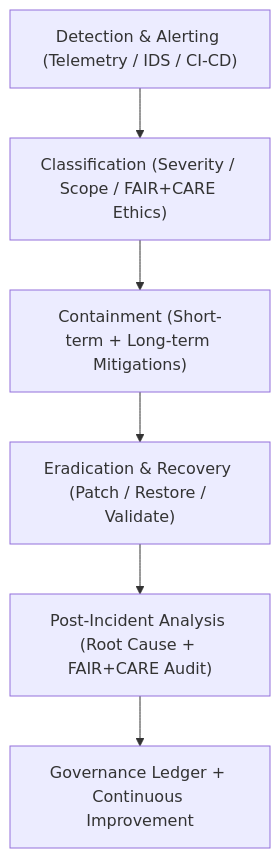
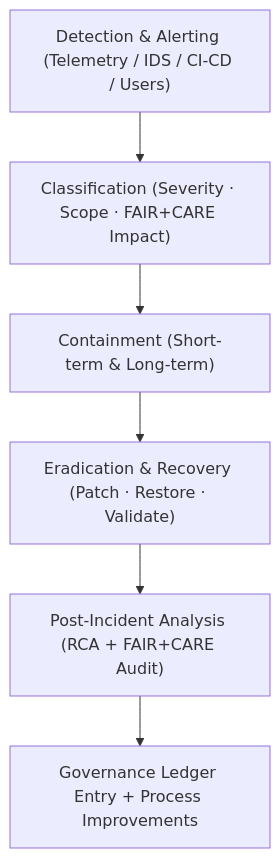
One commit to bartytime4life/Kansas-Frontier-Matrix changed the diagram in docs/security/incident-response.md. Above: the diagram before and after it, drawn with Mermaid. The commit also changed other lines of this file, not shown here.

First line of the commit message:
Update incident response framework to v10.2.4

````diff
--- a/docs/security/incident-response.md
+++ b/docs/security/incident-response.md
@@ -57,8 +69,8 @@
 ```mermaid
 flowchart TD
-  A["Detection & Alerting (Telemetry / IDS / CI-CD)"] --> B["Classification (Severity / Scope / FAIR+CARE Ethics)"]
-  B --> C["Containment (Short-term + Long-term Mitigations)"]
-  C --> D["Eradication & Recovery (Patch / Restore / Validate)"]
-  D --> E["Post-Incident Analysis (Root Cause + FAIR+CARE Audit)"]
-  E --> F["Governance Ledger + Continuous Improvement"]
+  A["Detection & Alerting (Telemetry / IDS / CI-CD / Users)"] --> B["Classification (Severity · Scope · FAIR+CARE Impact)"]
+  B --> C["Containment (Short-term & Long-term)"]
+  C --> D["Eradication & Recovery (Patch · Restore · Validate)"]
+  D --> E["Post-Incident Analysis (RCA + FAIR+CARE Audit)"]
+  E --> F["Governance Ledger Entry + Process Improvements"]
 ```
````
